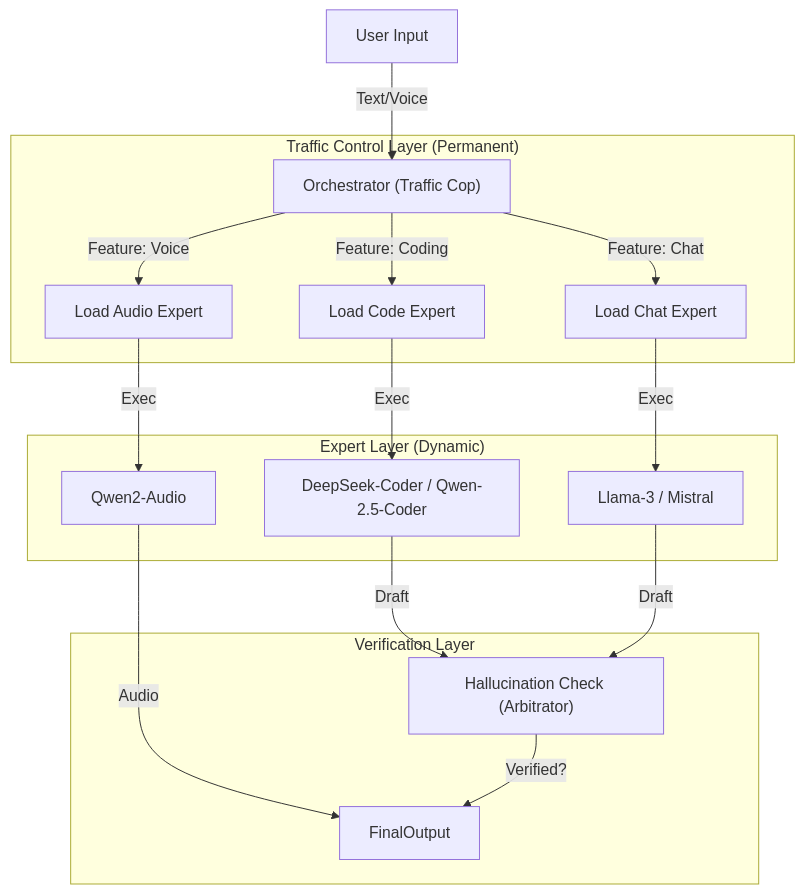
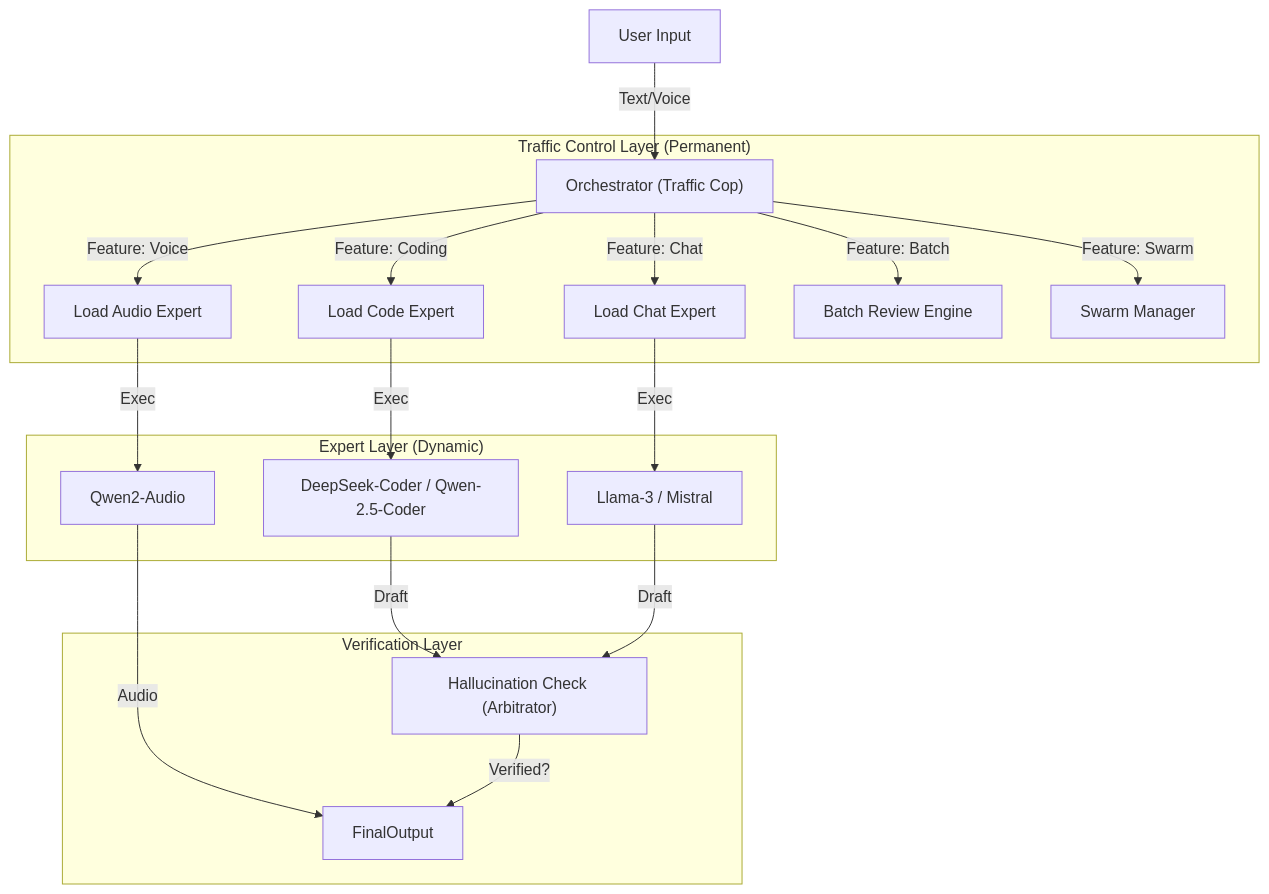
Before and after one commit to GeoHaber/ZEN_AI_RAG: the diagram in _Extra_files/ARCHITECTURE_V2.md, drawn with Mermaid. The commit also changed 136 other files, not shown here.

````diff
--- a/_Extra_files/ARCHITECTURE_V2.md
+++ b/_Extra_files/ARCHITECTURE_V2.md
@@ -6,24 +6,26 @@
 ```mermaid
 graph TD
     User[User Input] -->|Text/Voice| Orchestrator["Orchestrator (Traffic Cop)"]
     
     subgraph "Traffic Control Layer (Permanent)"
         Orchestrator -->|Feature: Coding| LoadCode[Load Code Expert]
         Orchestrator -->|Feature: Chat| LoadChat[Load Chat Expert]
         Orchestrator -->|Feature: Voice| LoadVoice[Load Audio Expert]
+        Orchestrator -->|Feature: Batch| BatchEngine[Batch Review Engine]
+        Orchestrator -->|Feature: Swarm| SwarmMgr[Swarm Manager]
     end
     
     subgraph "Expert Layer (Dynamic)"
         LoadCode -->|Exec| CodeLLM[DeepSeek-Coder / Qwen-2.5-Coder]
         LoadChat -->|Exec| ChatLLM[Llama-3 / Mistral]
         LoadVoice -->|Exec| VoiceModel[Qwen2-Audio]
     end
 
     subgraph "Verification Layer"
         CodeLLM -->|Draft| Verifier["Hallucination Check (Arbitrator)"]
         ChatLLM -->|Draft| Verifier
         VoiceModel -->|Audio| FinalOutput
     end
     
     Verifier -->|Verified?| FinalOutput
 ```
````
